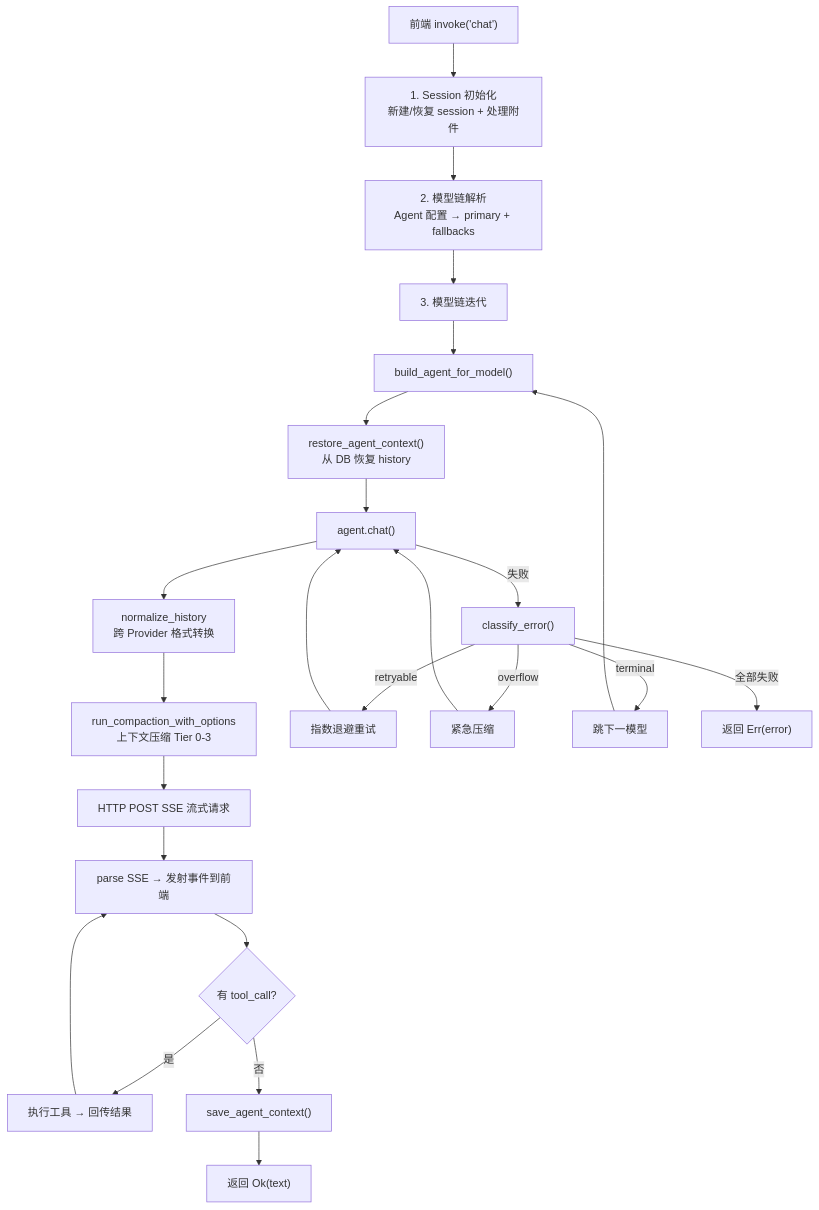
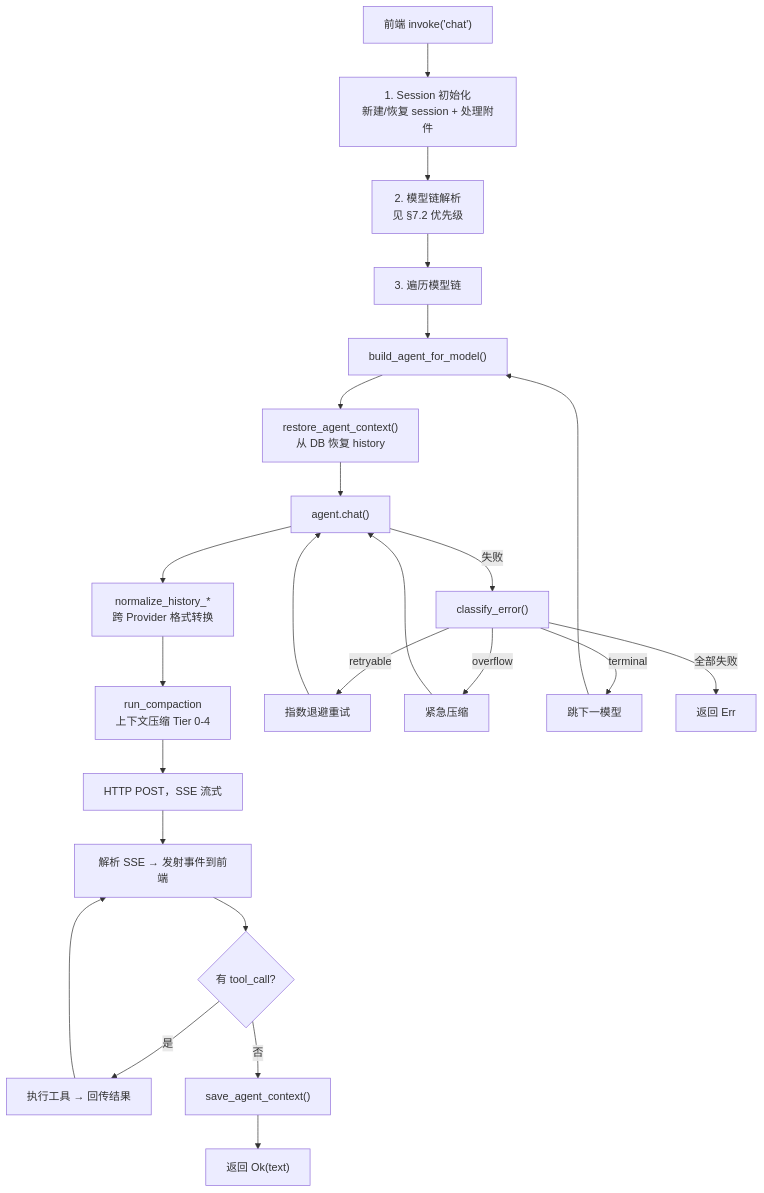
The fourth of 16 diagrams in docs/architecture/provider-system.md (shiwenwen/hope-agent), drawn with Mermaid before and after one commit. The commit also changed other lines of this file and 2 other files, not shown here.

First line of the commit message:
🦭docs: 大件一遍稿（backend-separation/provider-system/memory）——待补对抗校验

````diff
--- a/docs/architecture/provider-system.md
+++ b/docs/architecture/provider-system.md
@@ -240,26 +222,25 @@
 ```mermaid
 flowchart TD
   FE["前端 invoke('chat')"] --> INIT["1. Session 初始化<br/>新建/恢复 session + 处理附件"]
-  INIT --> CHAIN["2. 模型链解析<br/>Agent 配置 → primary + fallbacks"]
-  CHAIN --> LOOP["3. 模型链迭代"]
+  INIT --> CHAIN["2. 模型链解析<br/>见 §7.2 优先级"]
+  CHAIN --> LOOP["3. 遍历模型链"]
 
   LOOP --> BUILD["build_agent_for_model()"]
   BUILD --> RESTORE["restore_agent_context()<br/>从 DB 恢复 history"]
   RESTORE --> CHAT["agent.chat()"]
 
-  CHAT --> NORM["normalize_history<br/>跨 Provider 格式转换"]
-  NORM --> COMPACT["run_compaction_with_options<br/>上下文压缩 Tier 0-3"]
-  COMPACT --> API["HTTP POST SSE 流式请求"]
-  API --> PARSE["parse SSE → 发射事件到前端"]
+  CHAT --> NORM["normalize_history_*<br/>跨 Provider 格式转换"]
+  NORM --> COMPACT["run_compaction<br/>上下文压缩 Tier 0-4"]
+  COMPACT --> API["HTTP POST，SSE 流式"]
+  API --> PARSE["解析 SSE → 发射事件到前端"]
   PARSE --> TOOL{"有 tool_call?"}
   TOOL -->|是| EXEC["执行工具 → 回传结果"] --> PARSE
   TOOL -->|否| SAVE["save_agent_context()"]
-
   SAVE --> OK["返回 Ok(text)"]
 
   CHAT -->|失败| CLASSIFY["classify_error()"]
   CLASSIFY -->|retryable| RETRY["指数退避重试"] --> CHAT
   CLASSIFY -->|overflow| EMERGENCY["紧急压缩"] --> CHAT
   CLASSIFY -->|terminal| NEXT["跳下一模型"] --> BUILD
-  CLASSIFY -->|全部失败| ERR["返回 Err(error)"]
+  CLASSIFY -->|全部失败| ERR["返回 Err"]
 ```
````
